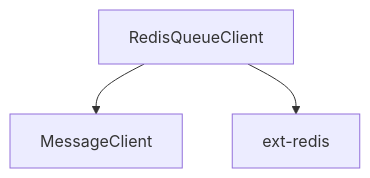
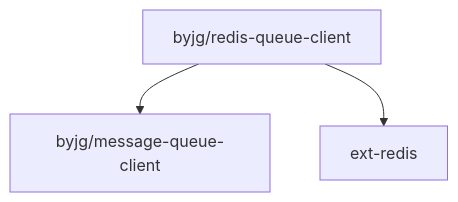
One commit to byjg/php-redis-queue-client changed the diagram in README.md. Above: the diagram before and after it, drawn with Mermaid.

Commit message:
Add Dependencies

````diff
--- a/README.md
+++ b/README.md
@@ -80,5 +80,5 @@
 ```mermaid
 flowchart TD
-    RedisQueueClient --> MessageClient
-    RedisQueueClient --> ext-redis
+    byjg/redis-queue-client --> byjg/message-queue-client
+    byjg/redis-queue-client --> ext-redis
 ```
````
